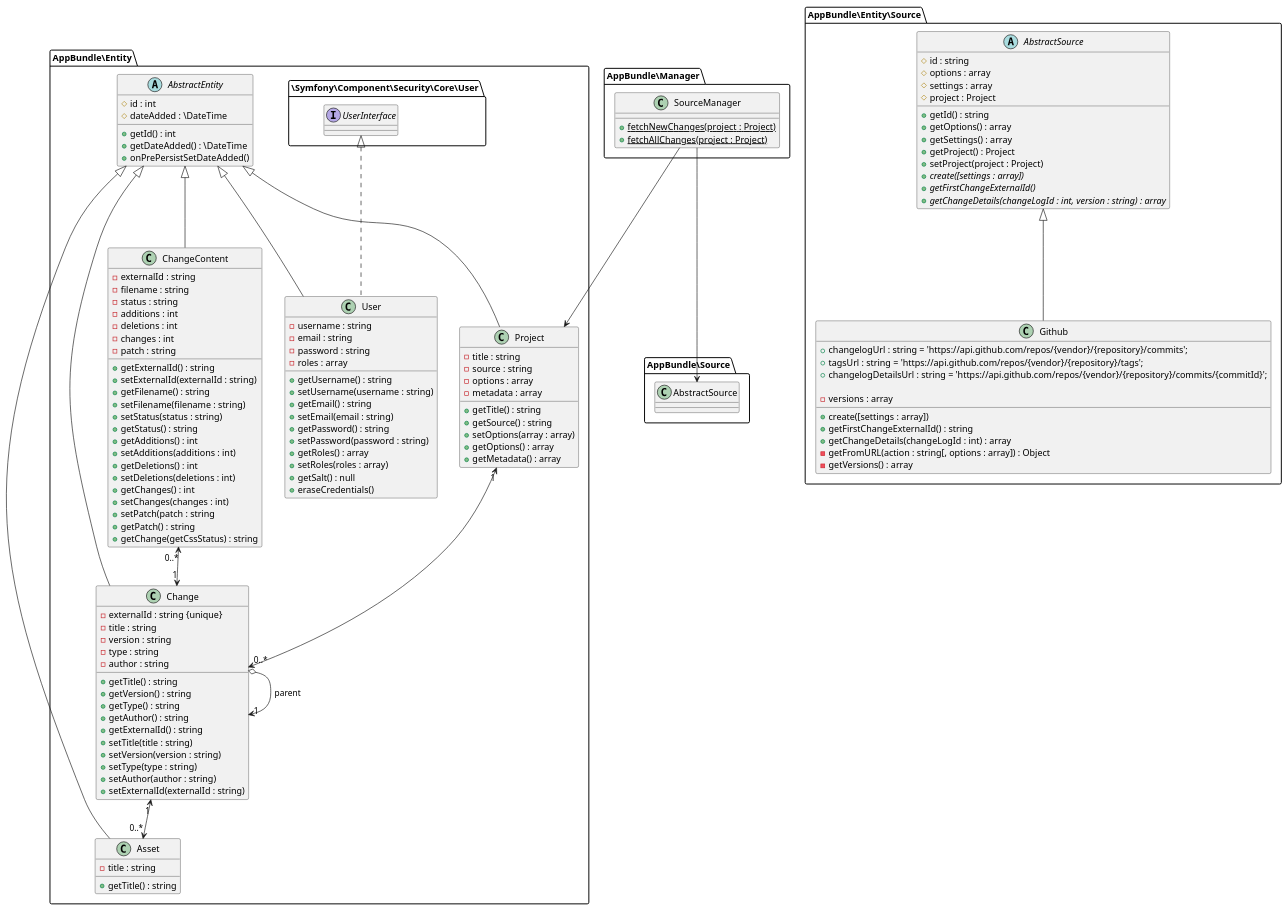
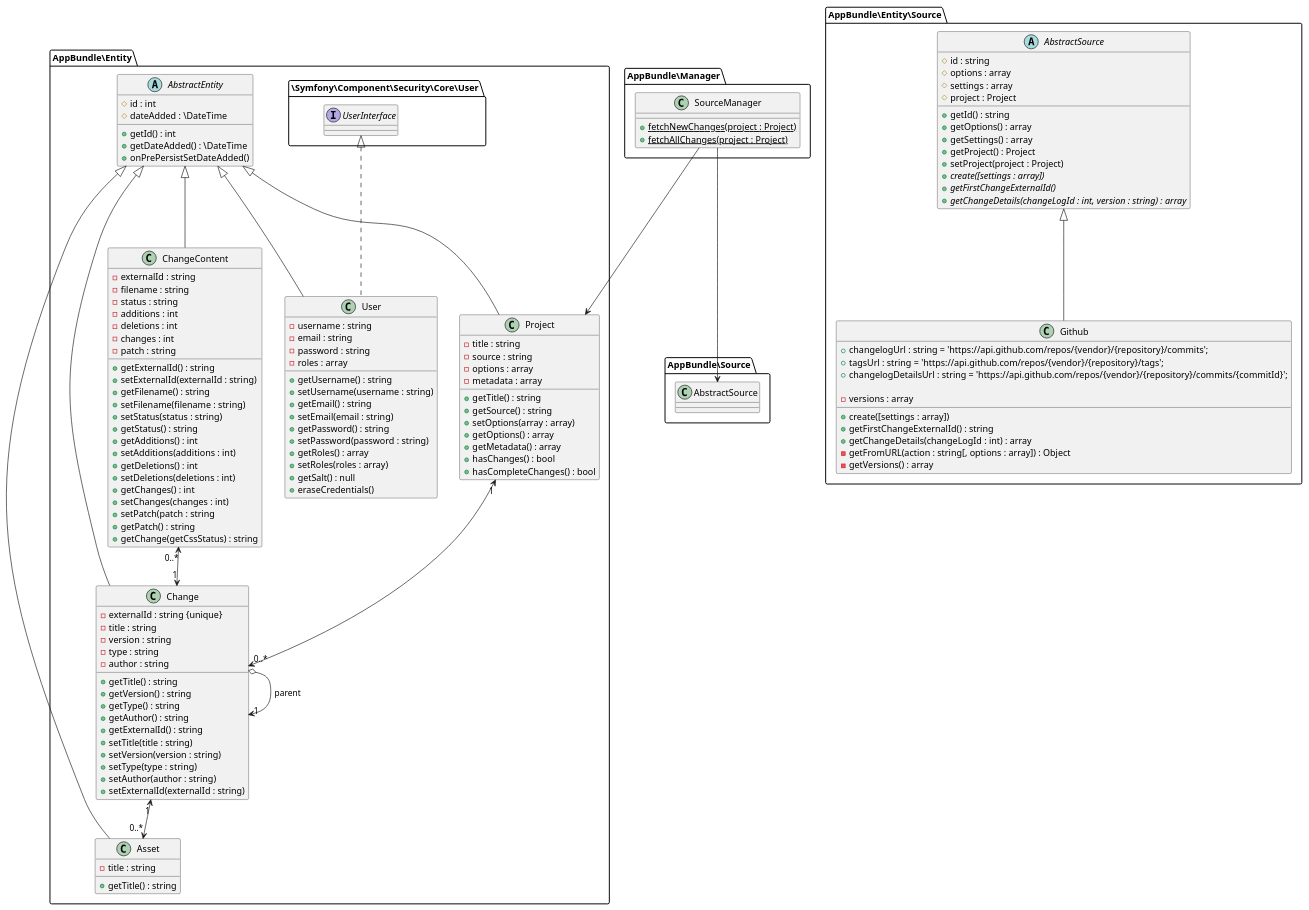
Before and after one commit to saitho/changebrowser: the diagram in src/AppBundle/Documentation/entities.puml, drawn with PlantUML. The commit also changed 9 other files, not shown here.

```diff
--- a/src/AppBundle/Documentation/entities.puml
+++ b/src/AppBundle/Documentation/entities.puml
@@ -1,132 +1,134 @@
 @startuml
 
 AppBundle\Manager.SourceManager --> AppBundle\Entity.Project
 AppBundle\Manager.SourceManager --> AppBundle\Source.AbstractSource
 
 namespace AppBundle\Manager {
     class SourceManager {
         + {static} fetchNewChanges(project : Project)
         + {static} fetchAllChanges(project : Project)
     }
 }
 
 namespace AppBundle\Entity\Source {
     abstract class AbstractSource {
         # id : string
         # options : array
         # settings : array
         # project : Project
         + getId() : string
         + getOptions() : array
         + getSettings() : array
         + getProject() : Project
         + setProject(project : Project)
         {abstract} + create([settings : array])
         {abstract} + getFirstChangeExternalId()
         {abstract} + getChangeDetails(changeLogId : int, version : string) : array
     }
     class Github extends AbstractSource {
         + changelogUrl : string = 'https://api.github.com/repos/{vendor}/{repository}/commits';
 	    + tagsUrl : string = 'https://api.github.com/repos/{vendor}/{repository}/tags';
 	    + changelogDetailsUrl : string = 'https://api.github.com/repos/{vendor}/{repository}/commits/{commitId}';
 
         + create([settings : array])
         + getFirstChangeExternalId() : string
         + getChangeDetails(changeLogId : int) : array
         - getFromURL(action : string[, options : array]) : Object
         - versions : array
         - getVersions() : array
     }
 }
 
 namespace AppBundle\Entity {
     abstract class AbstractEntity {
         # id : int
         # dateAdded : \DateTime
         + getId() : int
         + getDateAdded() : \DateTime
         + onPrePersistSetDateAdded()
     }
     class Asset extends AbstractEntity {
         - title : string
         + getTitle() : string
     }
     class Change extends AbstractEntity {
         - externalId : string {unique}
         - title : string
         - version : string
         - type : string
         - author : string
         + getTitle() : string
         + getVersion() : string
         + getType() : string
         + getAuthor() : string
         + getExternalId() : string
         + setTitle(title : string)
         + setVersion(version : string)
         + setType(type : string)
         + setAuthor(author : string)
         + setExternalId(externalId : string)
     }
     Change o-> "1" Change : parent
     class ChangeContent extends AbstractEntity {
     	- externalId : string
     	+ getExternalId() : string
     	+ setExternalId(externalId : string)
     	- filename : string
     	+ getFilename() : string
     	+ setFilename(filename : string)
     	- status : string
     	+ setStatus(status : string)
     	+ getStatus() : string
     	- additions : int
     	+ getAdditions() : int
     	+ setAdditions(additions : int)
     	- deletions : int
     	+ getDeletions() : int
     	+ setDeletions(deletions : int)
     	- changes : int
     	+ getChanges() : int
     	+ setChanges(changes : int)
     	- patch : string
     	+ setPatch(patch : string
     	+ getPatch() : string
     	+ getChange(getCssStatus) : string
     }
 
     ChangeContent "0..*" <--> "1" Change
 
     class Project extends AbstractEntity {
         - title : string
         - source : string
         - options : array
         - metadata : array
         + getTitle() : string
         + getSource() : string
         + setOptions(array : array)
         + getOptions() : array
         + getMetadata() : array
+        + hasChanges() : bool
+        + hasCompleteChanges() : bool
     }
     class User extends AbstractEntity implements \Symfony\Component\Security\Core\User.UserInterface {
         - username : string
         - email : string
         - password : string
         - roles : array
         + getUsername() : string
         + setUsername(username : string)
         + getEmail() : string
         + setEmail(email : string)
         + getPassword() : string
         + setPassword(password : string)
         + getRoles() : array
         + setRoles(roles : array)
         + getSalt() : null
         + eraseCredentials()
     }
 
     Change "1" <--> "0..*" Asset
     Project "1" <--> "0..*" Change
 }
 
 
 @enduml
```
